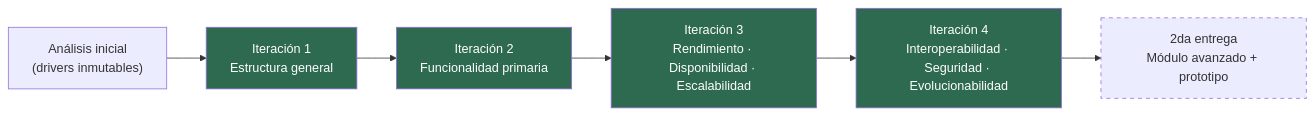
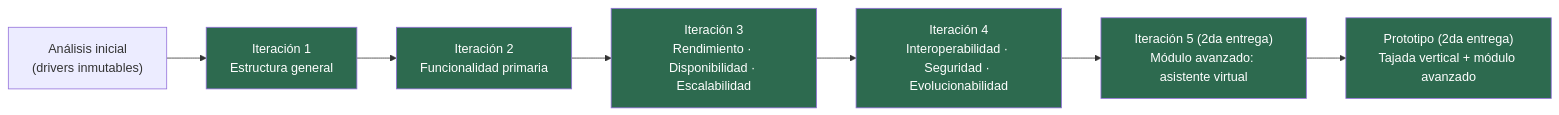
One commit to JereAguilar1/TPE-ing1 changed the diagram in docs/00-gestion/plan-de-iteraciones.md. Above: the diagram before and after it, drawn with Mermaid. The commit also changed other lines of this file and 1 other file, not shown here.

Commit message:
docs: iteración 5, prototipo en el plan de iteraciones y reparto

````diff
--- a/docs/00-gestion/plan-de-iteraciones.md
+++ b/docs/00-gestion/plan-de-iteraciones.md
@@ -20,15 +24,17 @@
 ```mermaid
 flowchart LR
     AI["Análisis inicial<br/>(drivers inmutables)"] --> I1
     I1["Iteración 1<br/>Estructura general"] --> I2
     I2["Iteración 2<br/>Funcionalidad primaria"] --> I3
     I3["Iteración 3<br/>Rendimiento · Disponibilidad · Escalabilidad"] --> I4
-    I4["Iteración 4<br/>Interoperabilidad · Seguridad · Evolucionabilidad"] --> E2
-    E2["2da entrega<br/>Módulo avanzado + prototipo"]
+    I4["Iteración 4<br/>Interoperabilidad · Seguridad · Evolucionabilidad"] --> I5
+    I5["Iteración 5 (2da entrega)<br/>Módulo avanzado: asistente virtual"] --> E2
+    E2["Prototipo (2da entrega)<br/>Tajada vertical + módulo avanzado"]
 
     style I1 fill:#2d6a4f,color:#fff
     style I2 fill:#2d6a4f,color:#fff
     style I3 fill:#2d6a4f,color:#fff
     style I4 fill:#2d6a4f,color:#fff
-    style E2 stroke-dasharray: 5 5
+    style I5 fill:#2d6a4f,color:#fff
+    style E2 fill:#2d6a4f,color:#fff
 ```
````
